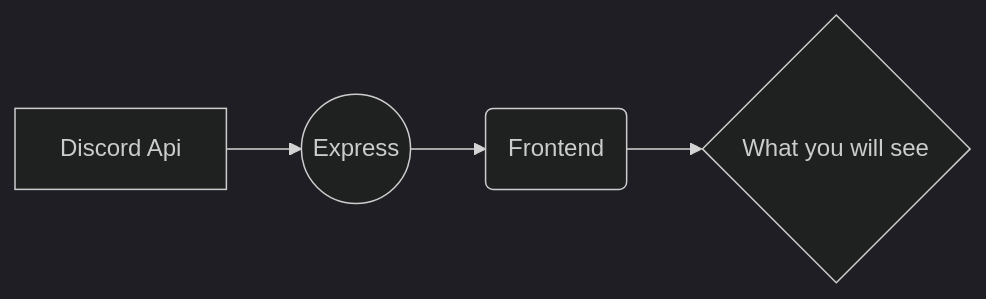
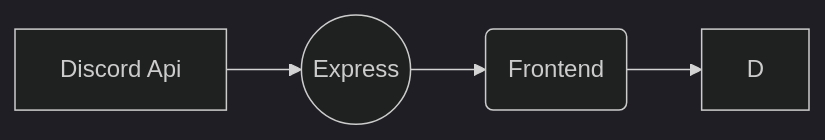
The diagram in README.md (rupandhungana/discordauth-react-express), drawn with Mermaid (dark theme) before and after one commit. The commit also changed other lines of this file, not shown here.

````diff
--- a/README.md
+++ b/README.md
@@ -5,6 +13,6 @@
 ```mermaid
 graph LR
 A[Discord Api]  --> B((Express))
 B --> C(Frontend)
-C --> D{What you will see}
+C --> D
 ```
````
